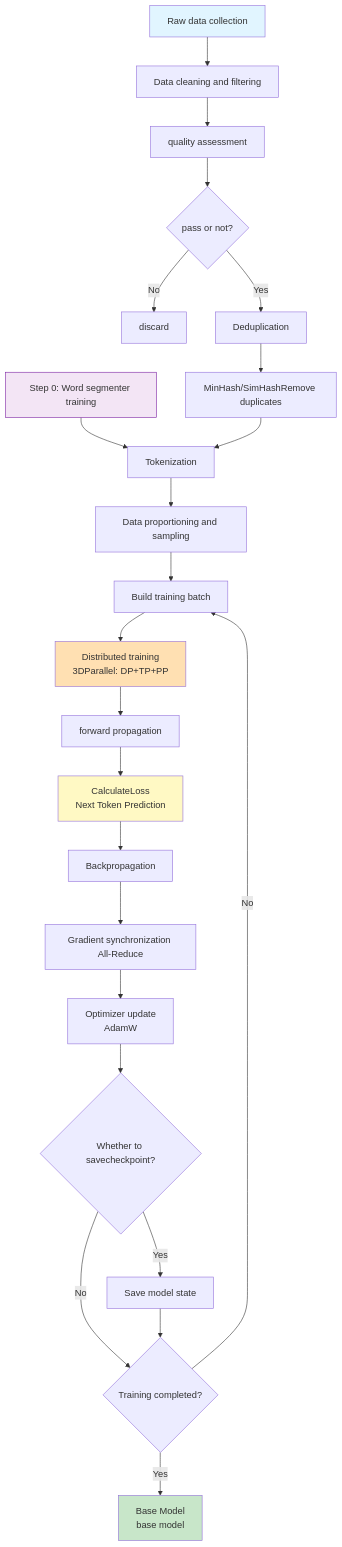
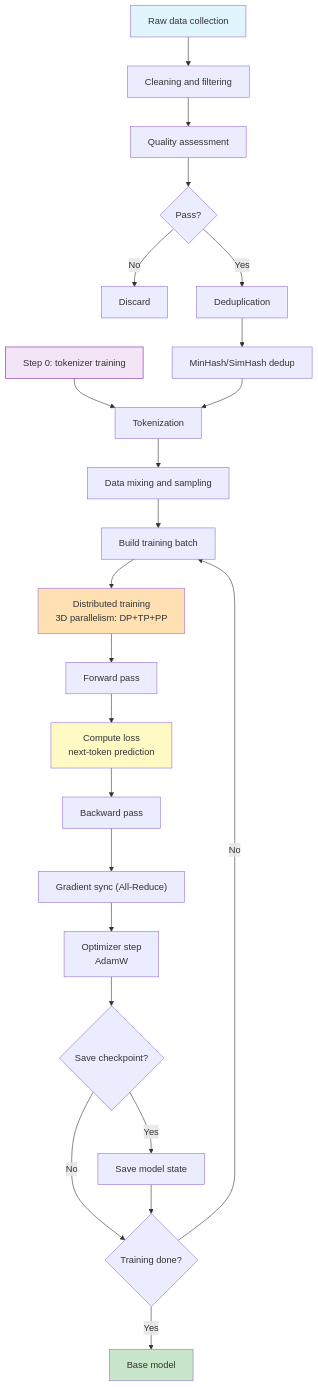
The third of 29 diagrams in _translations/en/research/LLM-Training-Survey.md (TingdeLiu/tingdeliu.github.io), drawn with Mermaid before and after one commit. The commit also changed other lines of this file and 2 other files, not shown here.

First line of the commit message:
docs(llm-survey): polish English edition and add evolution timeline

````diff
--- a/_translations/en/research/LLM-Training-Survey.md
+++ b/_translations/en/research/LLM-Training-Survey.md
@@ -376,31 +394,31 @@
 ```mermaid
 graph TD
-    A0["Step 0: Word segmenter training"] --> H
-    A["Raw data collection"] --> B["Data cleaning and filtering"]
-    B --> C["quality assessment"]
-    C --> D{pass or not?}
-    D -->|No| E["discard"]
+    A0["Step 0: tokenizer training"] --> H
+    A["Raw data collection"] --> B["Cleaning and filtering"]
+    B --> C["Quality assessment"]
+    C --> D{Pass?}
+    D -->|No| E["Discard"]
     D -->|Yes| F["Deduplication"]
-    F --> G["MinHash/SimHashRemove duplicates"]
+    F --> G["MinHash/SimHash dedup"]
     G --> H["Tokenization"]
-    H --> I["Data proportioning and sampling"]
+    H --> I["Data mixing and sampling"]
     I --> J["Build training batch"]
-    J --> K["Distributed training<br/>3DParallel: DP+TP+PP"]
-    K --> L["forward propagation"]
-    L --> M["CalculateLoss<br/>Next Token Prediction"]
-    M --> N["Backpropagation"]
-    N --> O["Gradient synchronization All-Reduce"]
-    O --> P["Optimizer update<br/>AdamW"]
-    P --> Q{Whether to savecheckpoint?}
+    J --> K["Distributed training<br/>3D parallelism: DP+TP+PP"]
+    K --> L["Forward pass"]
+    L --> M["Compute loss<br/>next-token prediction"]
+    M --> N["Backward pass"]
+    N --> O["Gradient sync (All-Reduce)"]
+    O --> P["Optimizer step<br/>AdamW"]
+    P --> Q{Save checkpoint?}
     Q -->|Yes| R["Save model state"]
-    Q -->|No| S{Training completed?}
+    Q -->|No| S{Training done?}
     R --> S
     S -->|No| J
-    S -->|Yes| T["Base Model<br/>base model"]
+    S -->|Yes| T["Base model"]
 
     style A0 fill:#f3e5f5,stroke:#7b1fa2
     style A fill:#e1f5ff
     style T fill:#c8e6c9
     style M fill:#fff9c4
     style K fill:#ffe0b2
 ```
````
